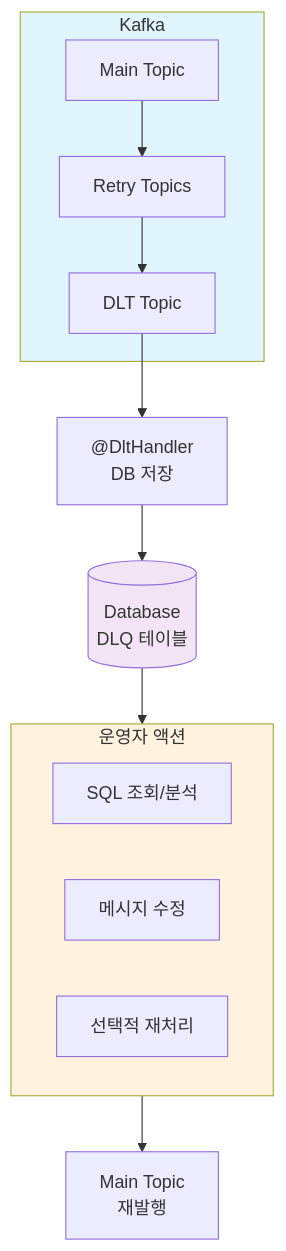
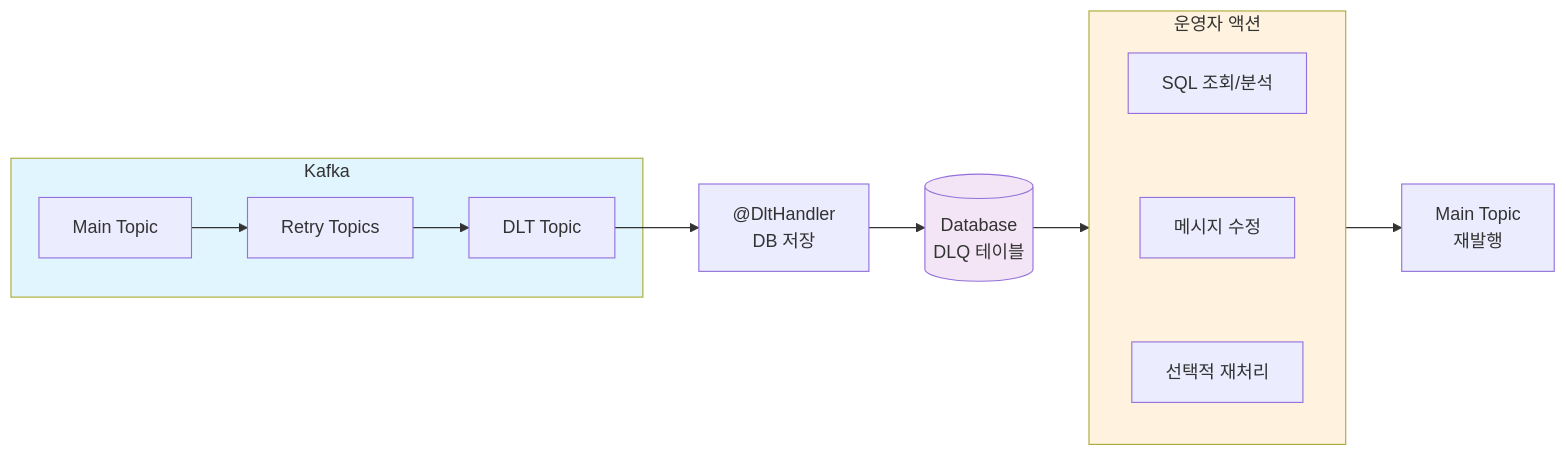
Before and after one commit to Gyeom/dev-notes: the first of 2 diagrams in content/posts/2025-09-15-dlq-retry-strategy-kafka-postgresql.md, drawn with Mermaid. The commit also changed other lines of this file and 1 other file, not shown here.

Commit message:
Update: DLQ 포스트 제목/본문 수정 (PostgreSQL → DB 기반), testcontainers Mermaid 레이아웃 개선

````diff
--- a/content/posts/2025-09-15-dlq-retry-strategy-kafka-postgresql.md
+++ b/content/posts/2025-09-15-dlq-retry-strategy-kafka-postgresql.md
@@ -262,24 +262,20 @@
 ```mermaid
-flowchart TB
+flowchart LR
     subgraph Kafka ["Kafka"]
-        MT[Main Topic] --> RT[Retry Topics]
-        RT --> DLT[DLT Topic]
+        MT[Main Topic] --> RT[Retry Topics] --> DLT[DLT Topic]
     end
 
     DLT --> Handler["@DltHandler<br/>DB 저장"]
     Handler --> DB[(Database<br/>DLQ 테이블)]
 
     subgraph Ops ["운영자 액션"]
-        direction LR
-        Q["SQL 조회/분석"]
-        E["메시지 수정"]
-        R["선택적 재처리"]
+        Q["SQL 조회/분석"] ~~~ E["메시지 수정"] ~~~ R["선택적 재처리"]
     end
 
     DB --> Ops
     Ops --> MT2[Main Topic<br/>재발행]
 
     style Kafka fill:#e1f5fe
     style Ops fill:#fff3e0
     style DB fill:#f3e5f5
 ```
````
